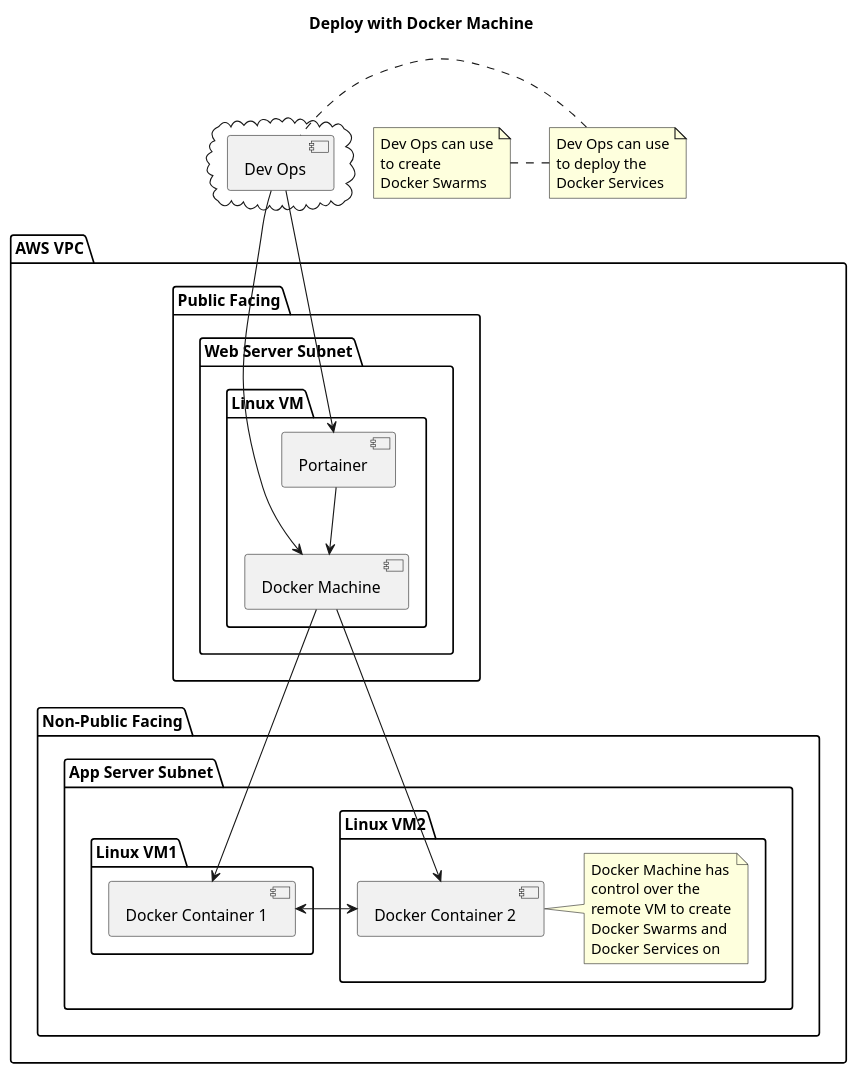
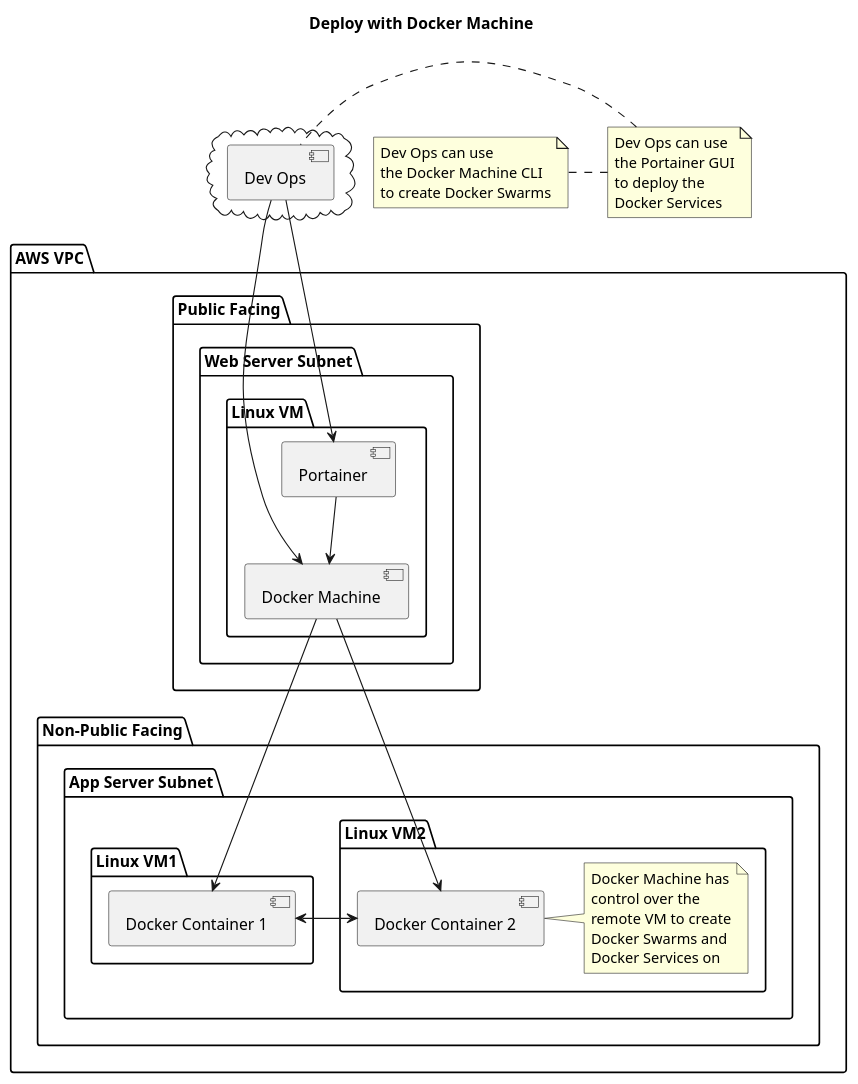
One commit to polinchw/docker-tools changed the diagram in diagrams/docker-machine.puml. Above: the diagram before and after it, drawn with PlantUML.

Commit message:
Updated the notes.

```diff
--- a/diagrams/docker-machine.puml
+++ b/diagrams/docker-machine.puml
@@ -1,57 +1,58 @@
 @startuml
 
 title Deploy with Docker Machine
 
 
 package "AWS VPC" {
   folder "Non-Public Facing" {
     folder "App Server Subnet" {
        folder "Linux VM2" {
          [Docker Container 2]
           note right
             Docker Machine has
             control over the
             remote VM to create
             Docker Swarms and
             Docker Services on
           end note
        }
        folder "Linux VM1" {
          [Docker Container 1]
        }
     }
   }
   folder "Public Facing" {
     folder "Web Server Subnet" {
        folder "Linux VM" {
          [Docker Machine] --> [Docker Container 1]
          [Docker Machine] --> [Docker Container 2]
          [Portainer] --> [Docker Machine]
        }
 
     }
   }
 }
 
 cloud {
   [Dev Ops]
 }
 
 [Dev Ops] --> [Portainer]
 note left
   Dev Ops can use
+  the Portainer GUI
   to deploy the
   Docker Services
 end note
 [Dev Ops] --> [Docker Machine]
 note left
   Dev Ops can use
-  to create
-  Docker Swarms
+  the Docker Machine CLI
+  to create Docker Swarms
 end note
 
 [Docker Container 1] <-> [Docker Container 2]
 
 
 
 @enduml
```
